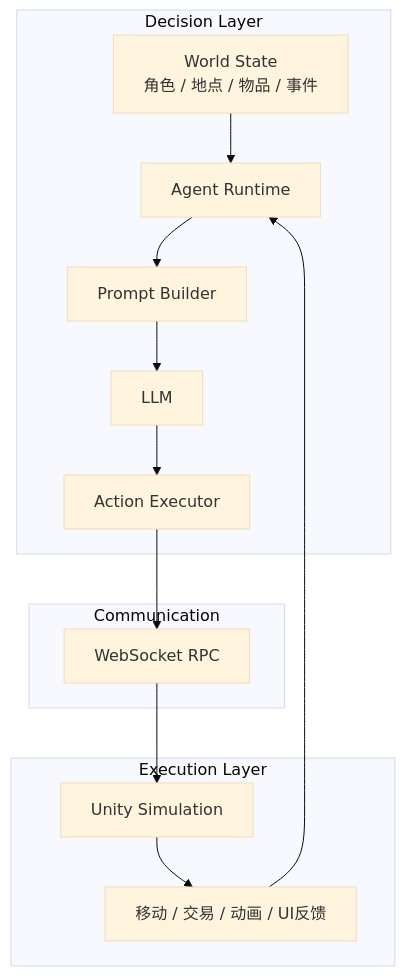
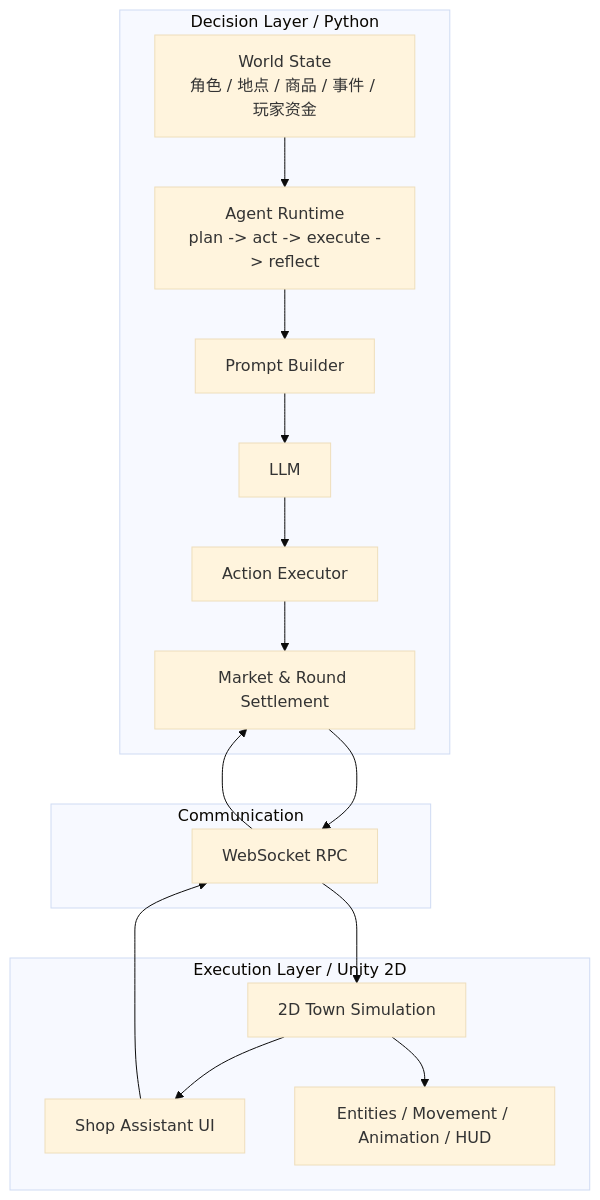
One commit to Bara-basi/multi-agent-ai-town-simulator changed the first of 2 diagrams in README.md. Above: the diagram before and after it, drawn with Mermaid (base theme). The commit also changed other lines of this file and 206 other files, not shown here.

````diff
--- a/README.md
+++ b/README.md
@@ -41,29 +56,34 @@
 ```mermaid
 flowchart TB
 
-subgraph DecisionLayer [Decision Layer]
-    A[World State<br/>角色 / 地点 / 物品 / 事件]
-    B[Agent Runtime]
+subgraph DecisionLayer [Decision Layer / Python]
+    A[World State<br/>角色 / 地点 / 商品 / 事件 / 玩家资金]
+    B[Agent Runtime<br/>plan -> act -> execute -> reflect]
     C[Prompt Builder]
     D[LLM]
     E[Action Executor]
+    M[Market & Round Settlement]
 end
 
 subgraph Communication
     F[WebSocket RPC]
 end
 
-subgraph ExecutionLayer [Execution Layer]
-    G[Unity Simulation]
-    H[移动 / 交易 / 动画 / UI反馈]
+subgraph ExecutionLayer [Execution Layer / Unity 2D]
+    G[2D Town Simulation]
+    H[Shop Assistant UI]
+    I[Entities / Movement / Animation / HUD]
 end
 
 A --> B
 B --> C
 C --> D
 D --> E
-E --> F
+E --> M
+M --> F
 F --> G
 G --> H
-H --> B
+G --> I
+H --> F
+F --> M
 ```
````
